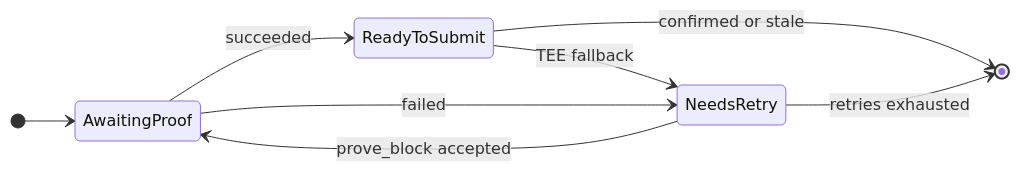
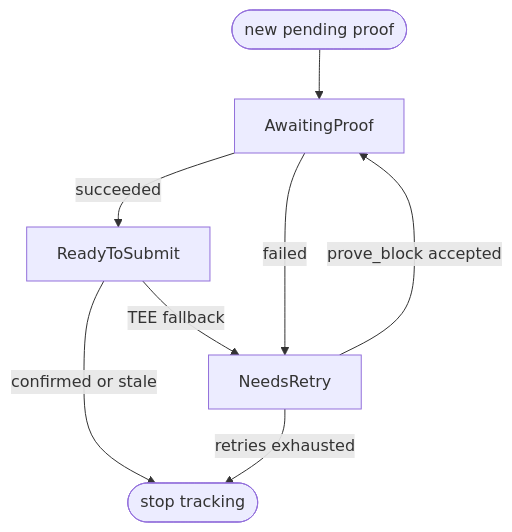
One commit to base/base changed the diagram in docs/specs/pages/protocol/proofs/challenger.md. Above: the diagram before and after it, drawn with Mermaid.

Commit message:
clean up diagram

````diff
--- a/docs/specs/pages/protocol/proofs/challenger.md
+++ b/docs/specs/pages/protocol/proofs/challenger.md
@@ -166,11 +166,13 @@
 ```mermaid
-stateDiagram-v2
-    direction LR
-    [*] --> AwaitingProof
-    AwaitingProof --> ReadyToSubmit: succeeded
-    AwaitingProof --> NeedsRetry: failed
-    NeedsRetry --> AwaitingProof: prove_block accepted
-    NeedsRetry --> [*]: retries exhausted
-    ReadyToSubmit --> [*]: confirmed or stale
-    ReadyToSubmit --> NeedsRetry: TEE fallback
+flowchart TB
+    Start([new pending proof]) --> AwaitingProof[AwaitingProof]
+
+    AwaitingProof -->|succeeded| ReadyToSubmit[ReadyToSubmit]
+    AwaitingProof -->|failed| NeedsRetry[NeedsRetry]
+
+    NeedsRetry -->|prove_block accepted| AwaitingProof
+    NeedsRetry -->|retries exhausted| Stop([stop tracking])
+
+    ReadyToSubmit -->|confirmed or stale| Stop
+    ReadyToSubmit -->|TEE fallback| NeedsRetry
 ```
````
